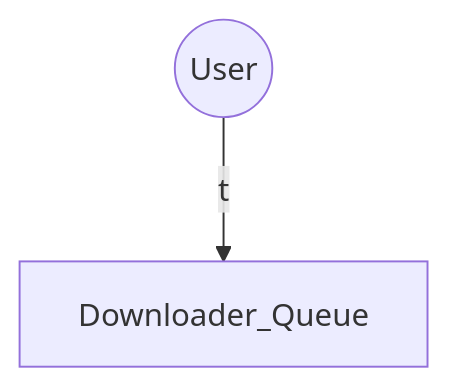
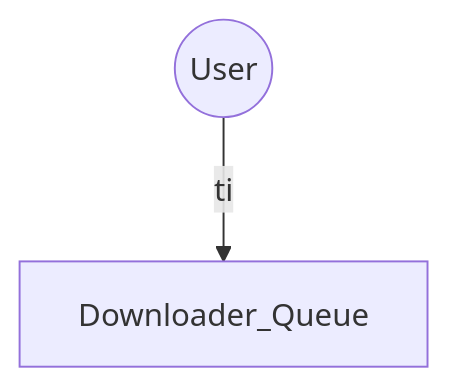
One commit to reyapr/mermaid-playground changed the diagram in README.md. Above: the diagram before and after it, drawn with Mermaid.

````diff
--- a/README.md
+++ b/README.md
@@ -7,6 +7,6 @@
 ``` mermaid
     flowchart TB
-    User((User))--t-->Downloader_Queue
+    User((User))--ti-->Downloader_Queue
    
 
 ```   
````
